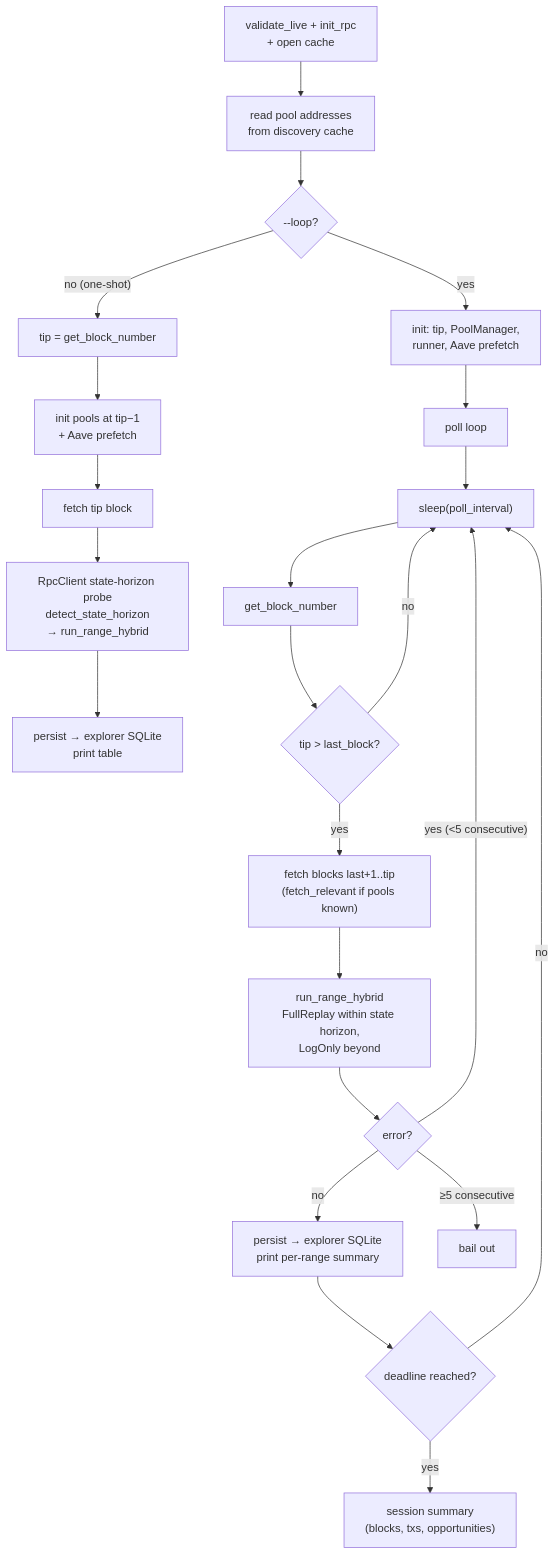
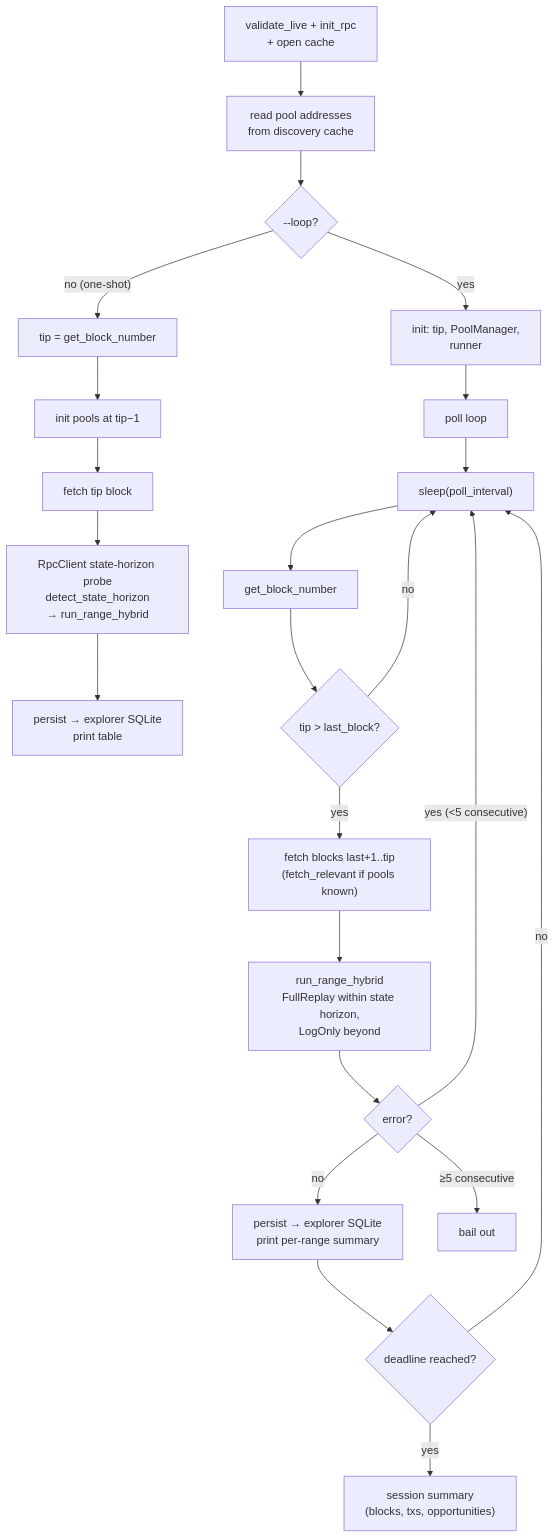
One commit to moha-moradi/mev-scout changed the eighth of 11 diagrams in docs/ARCHITECTURE.md. Above: the diagram before and after it, drawn with Mermaid. The commit also changed other lines of this file and 15 other files, not shown here.

````diff
--- a/docs/ARCHITECTURE.md
+++ b/docs/ARCHITECTURE.md
@@ -403,23 +403,23 @@
 ```mermaid
 flowchart TB
     A["validate_live + init_rpc<br/>+ open cache"] --> B["read pool addresses<br/>from discovery cache"]
     B --> C{"--loop?"}
     C -- "no (one-shot)" --> D["tip = get_block_number"]
-    C -- "yes" --> E["init: tip, PoolManager,<br/>runner, Aave prefetch"]
-    D --> F["init pools at tip−1<br/>+ Aave prefetch"]
+    C -- "yes" --> E["init: tip, PoolManager,<br/>runner"]
+    D --> F["init pools at tip−1"]
     F --> G["fetch tip block"] --> H["RpcClient state-horizon probe<br/>detect_state_horizon<br/>→ run_range_hybrid"] --> I["persist → explorer SQLite<br/>print table"]
     E --> J["poll loop"]
     J --> K["sleep(poll_interval)"]
     K --> L["get_block_number"]
     L --> M{"tip > last_block?"}
     M -- no --> K
     M -- yes --> N["fetch blocks last+1..tip<br/>(fetch_relevant if pools known)"]
     N --> O["run_range_hybrid<br/>FullReplay within state horizon,<br/>LogOnly beyond"]
     O --> P{"error?"}
     P -- "yes (<5 consecutive)" --> K
     P -- no --> Q["persist → explorer SQLite<br/>print per-range summary"]
     Q --> R{"deadline reached?"}
     R -- no --> K
     R -- yes --> S["session summary<br/>(blocks, txs, opportunities)"]
     P -- "≥5 consecutive" --> T["bail out"]
 ```
````
